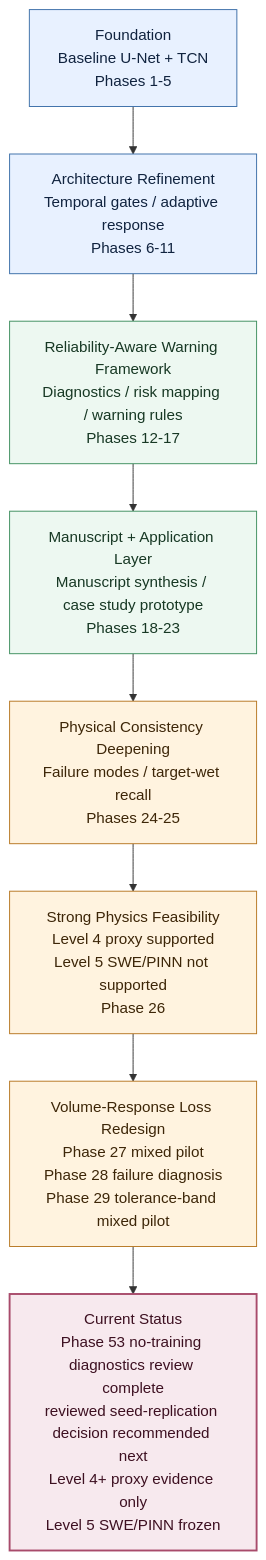
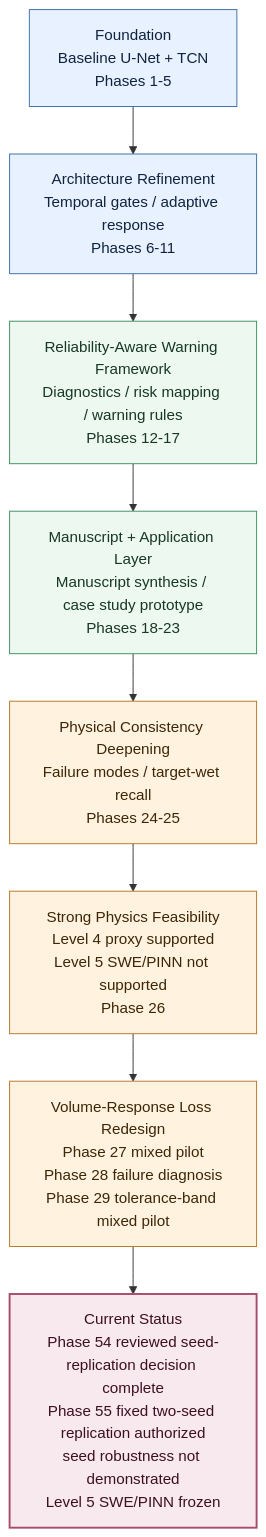
One commit to HolyLin990604/physics-guided-urban-flood-prediction changed the second of 3 diagrams in README.md. Above: the diagram before and after it, drawn with Mermaid. The commit also changed other lines of this file and 2 other files, not shown here.

Commit message:
docs: sync phase54 reviewed seed replication decision status

````diff
--- a/README.md
+++ b/README.md
@@ -28,18 +28,18 @@
 ```mermaid
 flowchart TB
     A["Foundation<br/>Baseline U-Net + TCN<br/>Phases 1-5"]:::foundation
     B["Architecture Refinement<br/>Temporal gates / adaptive response<br/>Phases 6-11"]:::foundation
     C["Reliability-Aware Warning Framework<br/>Diagnostics / risk mapping / warning rules<br/>Phases 12-17"]:::reliability
     D["Manuscript + Application Layer<br/>Manuscript synthesis / case study prototype<br/>Phases 18-23"]:::reliability
     E["Physical Consistency Deepening<br/>Failure modes / target-wet recall<br/>Phases 24-25"]:::physics
     F["Strong Physics Feasibility<br/>Level 4 proxy supported<br/>Level 5 SWE/PINN not supported<br/>Phase 26"]:::physics
     G["Volume-Response Loss Redesign<br/>Phase 27 mixed pilot<br/>Phase 28 failure diagnosis<br/>Phase 29 tolerance-band mixed pilot"]:::physics
-    H["Current Status<br/>Phase 53 no-training diagnostics review complete<br/>reviewed seed-replication decision recommended next<br/>Level 4+ proxy evidence only<br/>Level 5 SWE/PINN frozen"]:::current
+    H["Current Status<br/>Phase 54 reviewed seed-replication decision complete<br/>Phase 55 fixed two-seed replication authorized<br/>seed robustness not demonstrated<br/>Level 5 SWE/PINN frozen"]:::current
 
     A --> B --> C --> D --> E --> F --> G --> H
 
     classDef foundation fill:#e8f1ff,stroke:#3b6ea8,stroke-width:1px,color:#10233f
     classDef reliability fill:#edf8f1,stroke:#3f8f5f,stroke-width:1px,color:#173824
     classDef physics fill:#fff3df,stroke:#b77722,stroke-width:1px,color:#3d2608
     classDef current fill:#f7e9ee,stroke:#a84b6b,stroke-width:2px,color:#3d1021
 ```
````
